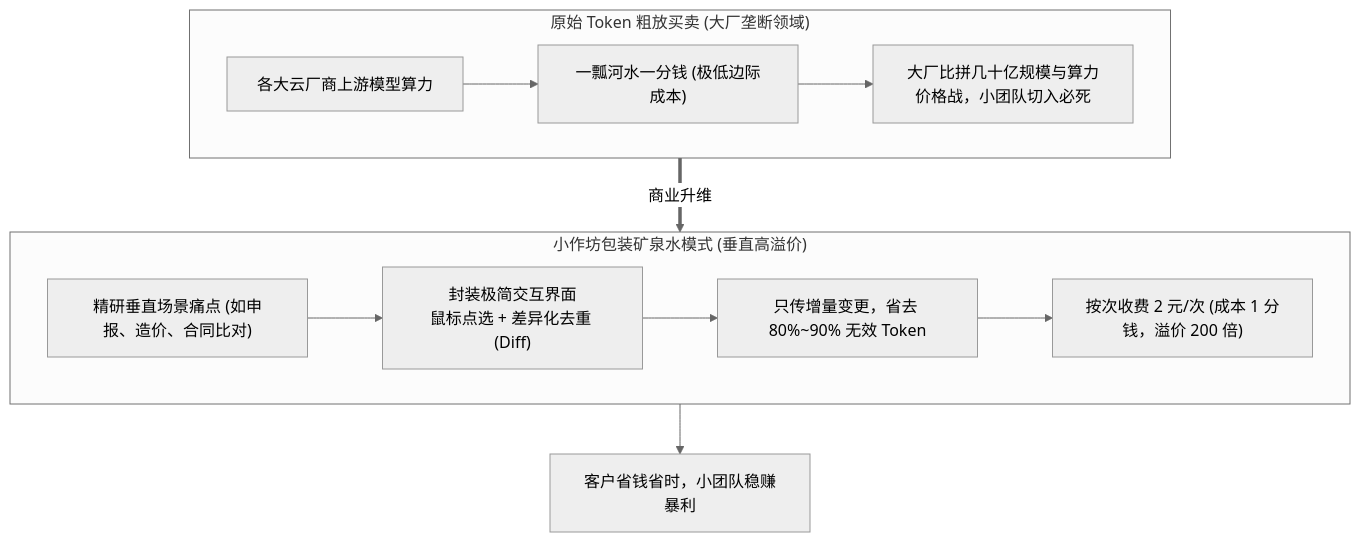
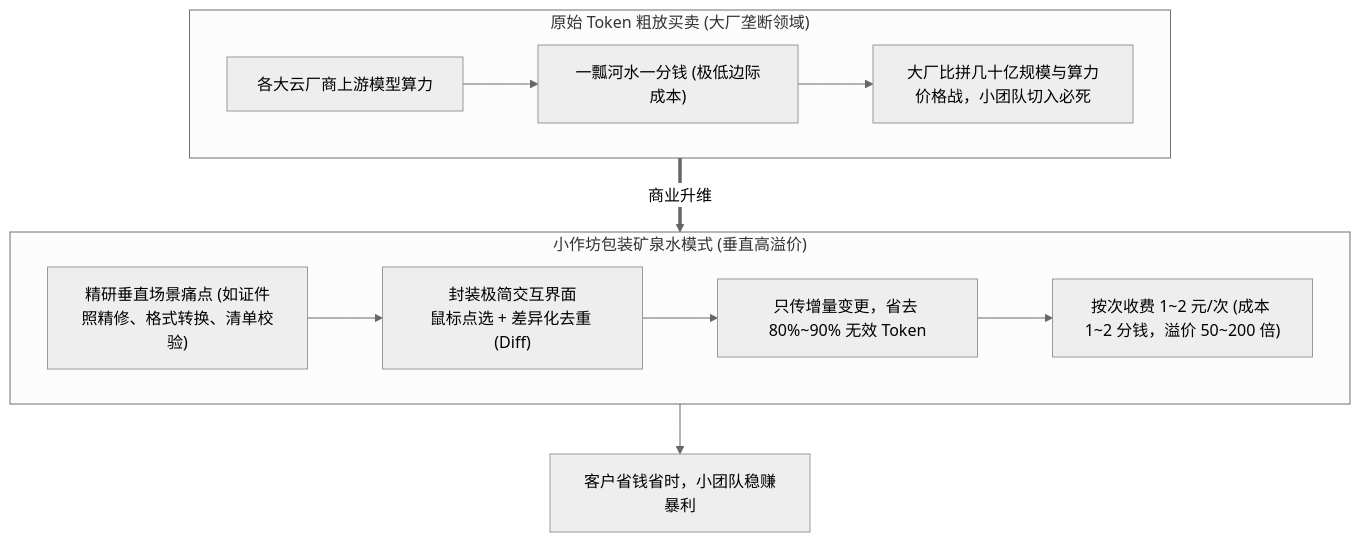
One commit to dollarser/knowledge changed the fifth of 16 diagrams in content/live-20261102-01.md. Above: the diagram before and after it, drawn with Mermaid (neutral theme). The commit also changed other lines of this file and 1 other file, not shown here.

````diff
--- a/content/live-20261102-01.md
+++ b/content/live-20261102-01.md
@@ -76,20 +129,20 @@
 ```mermaid
 flowchart TD
     subgraph RawToken["原始 Token 粗放买卖 (大厂垄断领域)"]
         R1["各大云厂商上游模型算力"]
         R2["一瓢河水一分钱 (极低边际成本)"]
         R3["大厂比拼几十亿规模与算力价格战，小团队切入必死"]
         R1 --> R2 --> R3
     end
 
     subgraph BottledWater["小作坊包装矿泉水模式 (垂直高溢价)"]
-        W1["精研垂直场景痛点 (如申报、造价、合同比对)"]
+        W1["精研垂直场景痛点 (如证件照精修、格式转换、清单校验)"]
         W2["封装极简交互界面<br/>鼠标点选 + 差异化去重 (Diff)"]
         W3["只传增量变更，省去 80%~90% 无效 Token"]
-        W4["按次收费 2 元/次 (成本 1 分钱，溢价 200 倍)"]
+        W4["按次收费 1~2 元/次 (成本 1~2 分钱，溢价 50~200 倍)"]
         W1 --> W2 --> W3 --> W4
     end
 
     RawToken ==>|商业升维| BottledWater
     BottledWater --> Cash["客户省钱省时，小团队稳赚暴利"]
 ```
````
